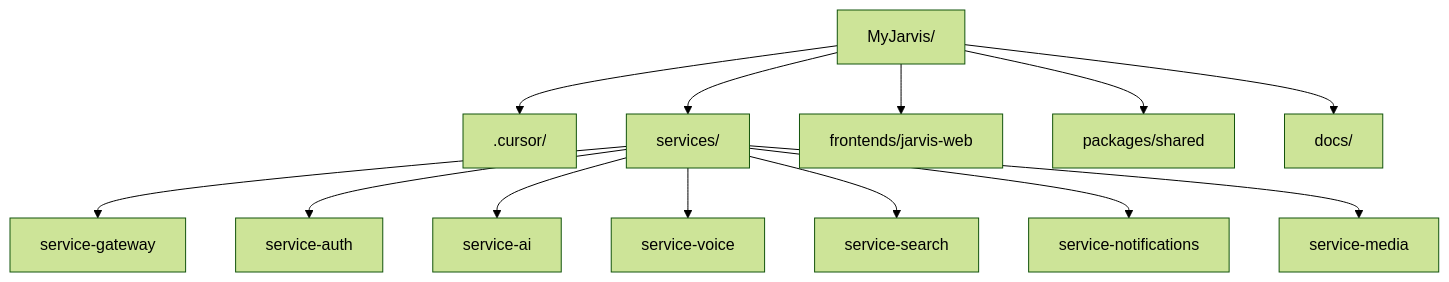
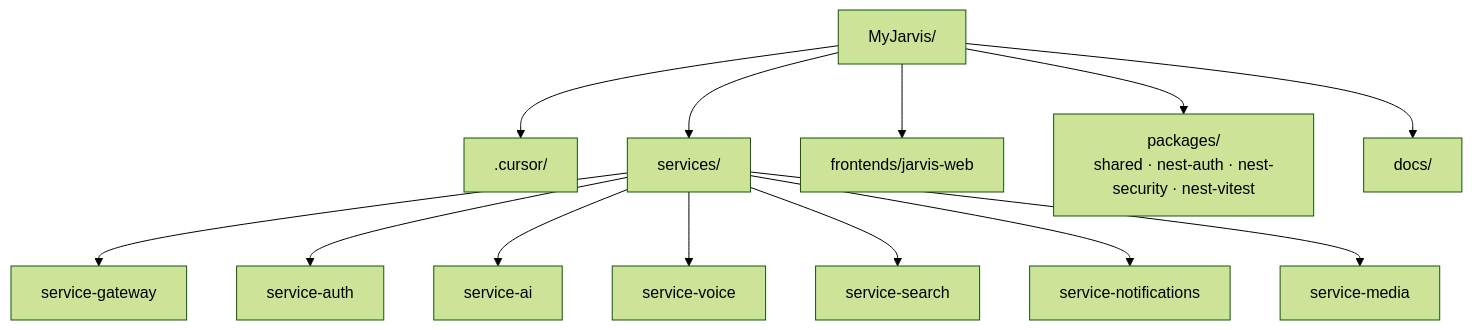
One commit to FranciscoStanley/MyJarvis changed the first of 2 diagrams in .cursor/rules/project-architecture.mdc. Above: the diagram before and after it, drawn with Mermaid (forest theme). The commit also changed other lines of this file and 8 other files, not shown here.

````diff
--- a/.cursor/rules/project-architecture.mdc
+++ b/.cursor/rules/project-architecture.mdc
@@ -13,16 +13,16 @@
 ```mermaid
 flowchart TB
     ROOT[MyJarvis/] --> CURSOR[.cursor/]
     ROOT --> SERVICES[services/]
     ROOT --> FRONTENDS[frontends/jarvis-web]
-    ROOT --> PACKAGES[packages/shared]
+    ROOT --> PACKAGES["packages/<br/>shared · nest-auth · nest-security · nest-vitest"]
     ROOT --> DOCS[docs/]
 
     SERVICES --> GW[service-gateway]
     SERVICES --> AUTH[service-auth]
     SERVICES --> AI[service-ai]
     SERVICES --> VOICE[service-voice]
     SERVICES --> SEARCH[service-search]
     SERVICES --> NOTIF[service-notifications]
     SERVICES --> MEDIA[service-media]
 ```
````
